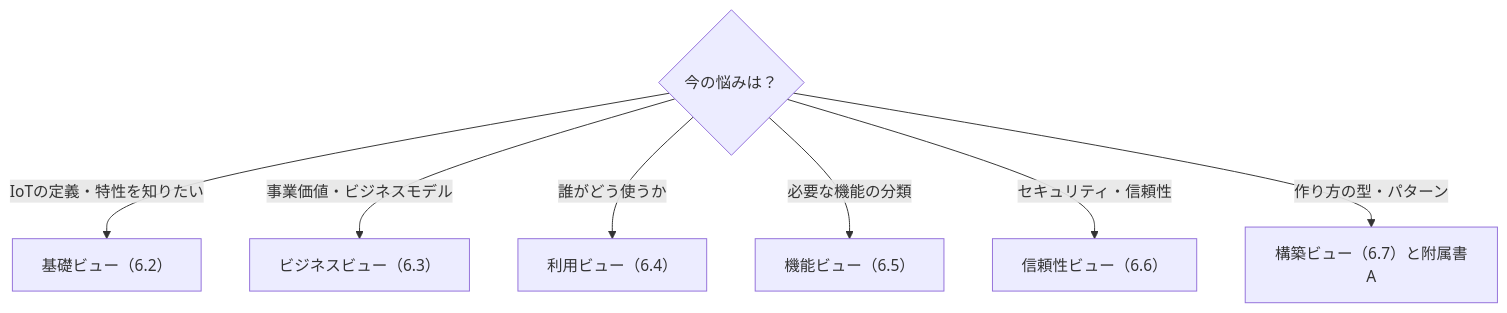
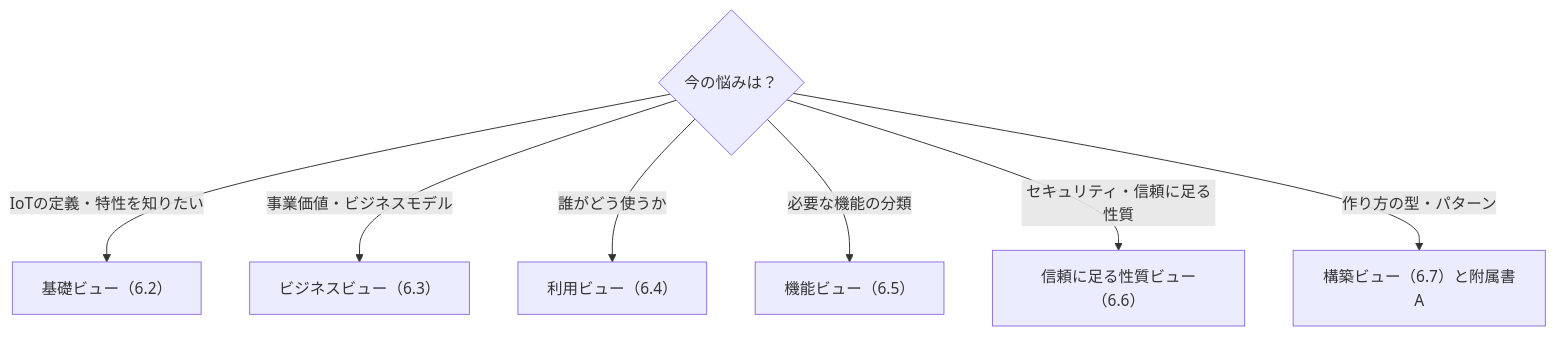
Before and after one commit to myoshi2891/Quality-Assurance-Studies: the sixth of 11 diagrams in Iso-iec-30141-2024-guide.md, drawn with Mermaid. The commit also changed other lines of this file, not shown here.

Commit message:
docs(iso-30141): translate Trustworthiness as 信頼に足る性質 and keep 信頼性 for Reliability

````diff
--- a/Iso-iec-30141-2024-guide.md
+++ b/Iso-iec-30141-2024-guide.md
@@ -249,10 +249,10 @@
 ```mermaid
 flowchart TB
   Q0{"今の悩みは？"}
   Q0 -->|"IoTの定義・特性を知りたい"| R1["基礎ビュー（6.2）"]
   Q0 -->|"事業価値・ビジネスモデル"| R2["ビジネスビュー（6.3）"]
   Q0 -->|"誰がどう使うか"| R3["利用ビュー（6.4）"]
   Q0 -->|"必要な機能の分類"| R4["機能ビュー（6.5）"]
-  Q0 -->|"セキュリティ・信頼性"| R5["信頼性ビュー（6.6）"]
+  Q0 -->|"セキュリティ・信頼に足る性質"| R5["信頼に足る性質ビュー（6.6）"]
   Q0 -->|"作り方の型・パターン"| R6["構築ビュー（6.7）と附属書A"]
 ```
````
